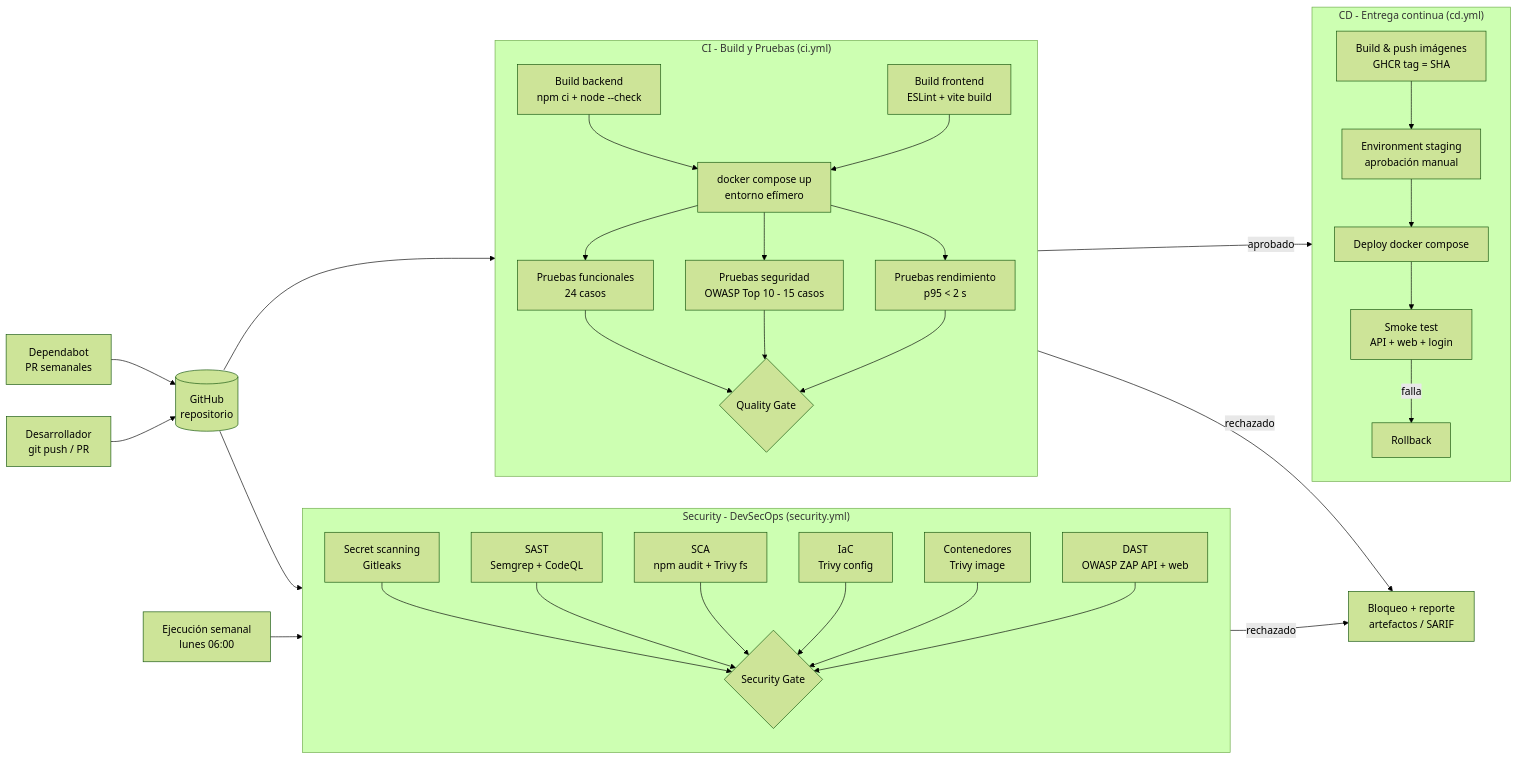
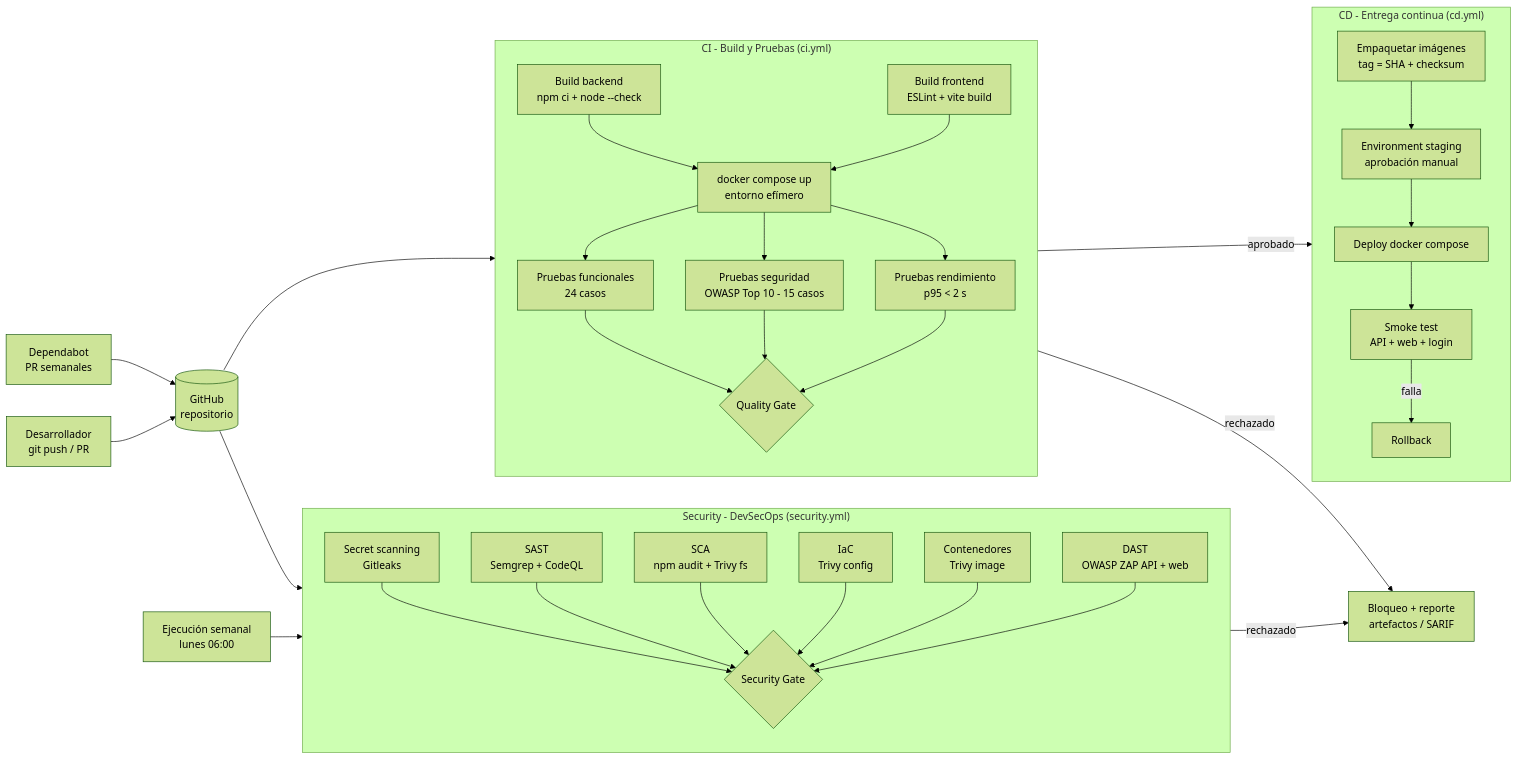
One commit to CrAlvarezb/cuidarte-MAS changed the diagram in docs/PIPELINE.md. Above: the diagram before and after it, drawn with Mermaid (forest theme). The commit also changed other lines of this file and 22 other files, not shown here.

````diff
--- a/docs/PIPELINE.md
+++ b/docs/PIPELINE.md
@@ -22,40 +22,40 @@
 ```mermaid
 flowchart LR
     DEV[Desarrollador<br/>git push / PR] --> GH[(GitHub<br/>repositorio)]
     GH --> CI
     GH --> SEC
     CRON[Ejecución semanal<br/>lunes 06:00] --> SEC
     DEP[Dependabot<br/>PR semanales] --> GH
 
     subgraph CI["CI - Build y Pruebas (ci.yml)"]
         direction TB
         B1[Build backend<br/>npm ci + node --check] --> T
         B2[Build frontend<br/>ESLint + vite build] --> T
         T[docker compose up<br/>entorno efímero] --> F[Pruebas funcionales<br/>24 casos]
         T --> S[Pruebas seguridad<br/>OWASP Top 10 - 15 casos]
         T --> P[Pruebas rendimiento<br/>p95 &lt; 2 s]
         F & S & P --> QG{Quality Gate}
     end
 
     subgraph SEC["Security - DevSecOps (security.yml)"]
         direction TB
         G[Secret scanning<br/>Gitleaks] --> SG
         SA[SAST<br/>Semgrep + CodeQL] --> SG
         SC[SCA<br/>npm audit + Trivy fs] --> SG
         IA[IaC<br/>Trivy config] --> SG
         CS[Contenedores<br/>Trivy image] --> SG
         DA[DAST<br/>OWASP ZAP API + web] --> SG
         SG{Security Gate}
     end
 
     QG -- aprobado --> CD
     QG -- rechazado --> BLK[Bloqueo + reporte<br/>artefactos / SARIF]
     SG -- rechazado --> BLK
 
     subgraph CD["CD - Entrega continua (cd.yml)"]
         direction TB
-        PK[Build & push imágenes<br/>GHCR tag = SHA] --> APR[Environment staging<br/>aprobación manual]
+        PK[Empaquetar imágenes<br/>tag = SHA + checksum] --> APR[Environment staging<br/>aprobación manual]
         APR --> DEPL[Deploy docker compose] --> SMK[Smoke test<br/>API + web + login]
         SMK -- falla --> RB[Rollback]
     end
 ```
````
